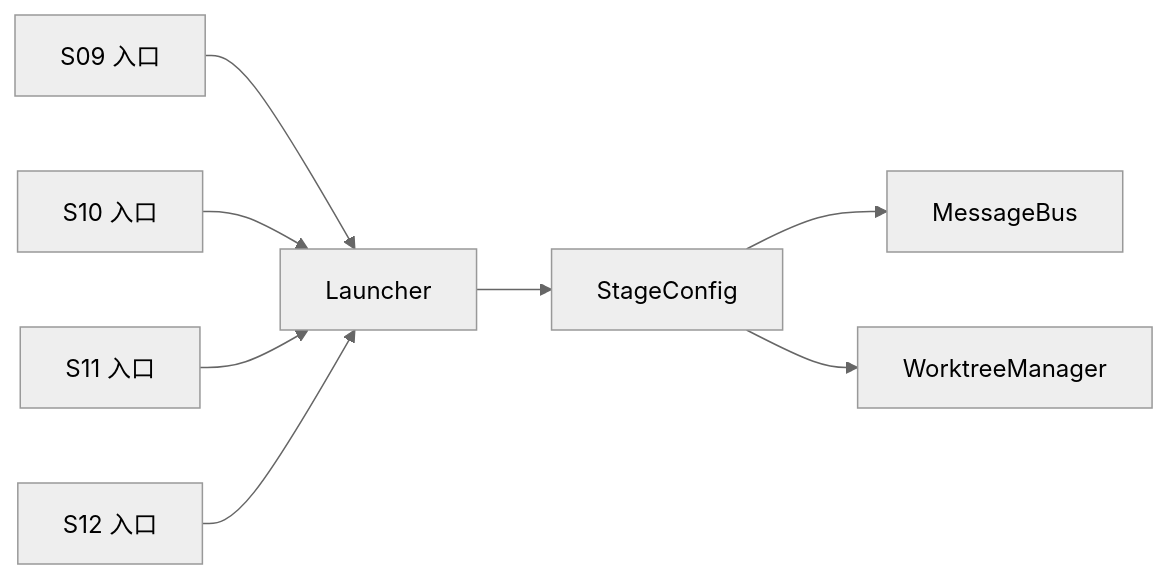
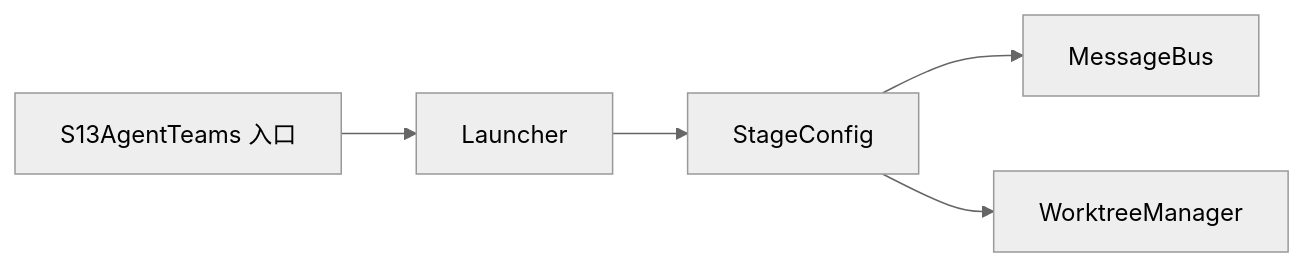
Before and after one commit to chenlds1994/learn-claude-code-java: the seventh of 7 diagrams in .qoder/repowiki/zh/content/前端可视化系统/可视化组件系统/阶段专用可视化组件/专家阶段可视化 (S09-S12).md, drawn with Mermaid (neutral theme). The commit also changed other lines of this file and 143 other files, not shown here.

First line of the commit message:
更新 repowiki 与 drawio 教程图至 17 阶段结构

````diff
--- a/.qoder/repowiki/zh/content/前端可视化系统/可视化组件系统/阶段专用可视化组件/专家阶段可视化 (S09-S12).md
+++ b/.qoder/repowiki/zh/content/前端可视化系统/可视化组件系统/阶段专用可视化组件/专家阶段可视化 (S09-S12).md
@@ -276,10 +273,7 @@
 ```mermaid
 graph LR
-S09["S09 入口"] --> L["Launcher"]
-S10["S10 入口"] --> L
-S11["S11 入口"] --> L
-S12["S12 入口"] --> L
+S13["S13AgentTeams 入口"] --> L["Launcher"]
 L --> CFG["StageConfig"]
 CFG --> MB["MessageBus"]
 CFG --> WM["WorktreeManager"]
 ```
````
